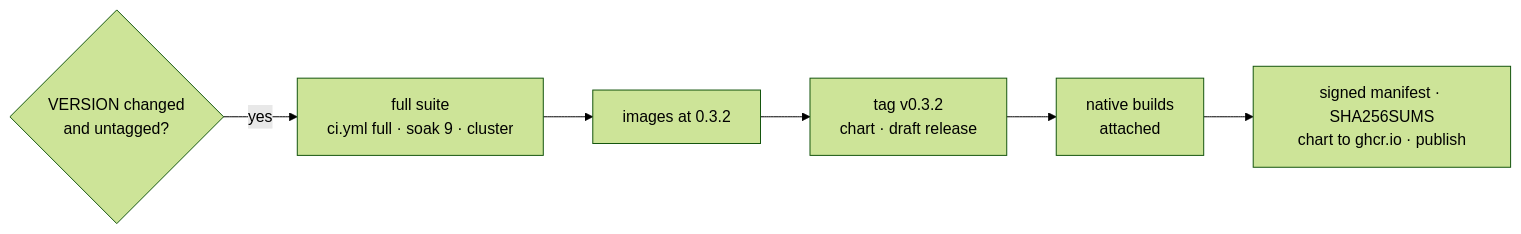
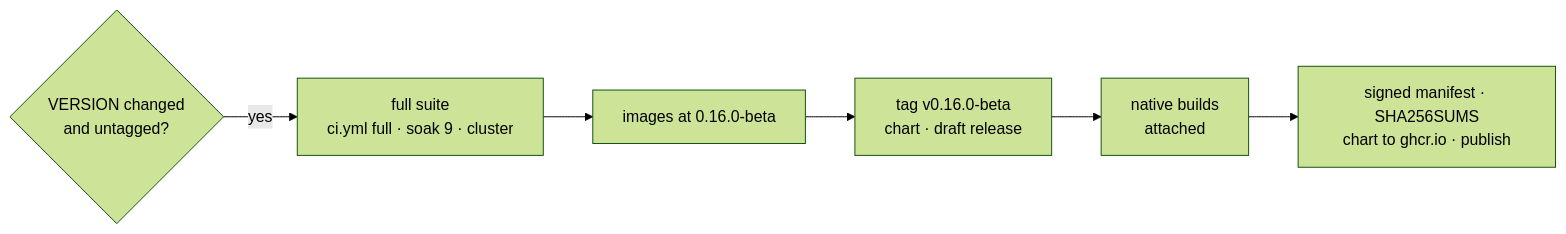
Before and after one commit to it-minds/troupe: the fourth of 4 diagrams in docs/developer/ci.md, drawn with Mermaid (forest theme). The commit also changed other lines of this file and 48 other files, not shown here.

````diff
--- a/docs/developer/ci.md
+++ b/docs/developer/ci.md
@@ -101,6 +103,6 @@
 ```mermaid
 flowchart LR
   v{"VERSION changed<br/>and untagged?"} -->|yes| suite["full suite<br/>ci.yml full · soak 9 · cluster"]
-  suite --> images["images at 0.3.2"] --> cut["tag v0.3.2<br/>chart · draft release"]
+  suite --> images["images at 0.16.0-beta"] --> cut["tag v0.16.0-beta<br/>chart · draft release"]
   cut --> native["native builds<br/>attached"] --> publish["signed manifest · SHA256SUMS<br/>chart to ghcr.io · publish"]
 ```
````
